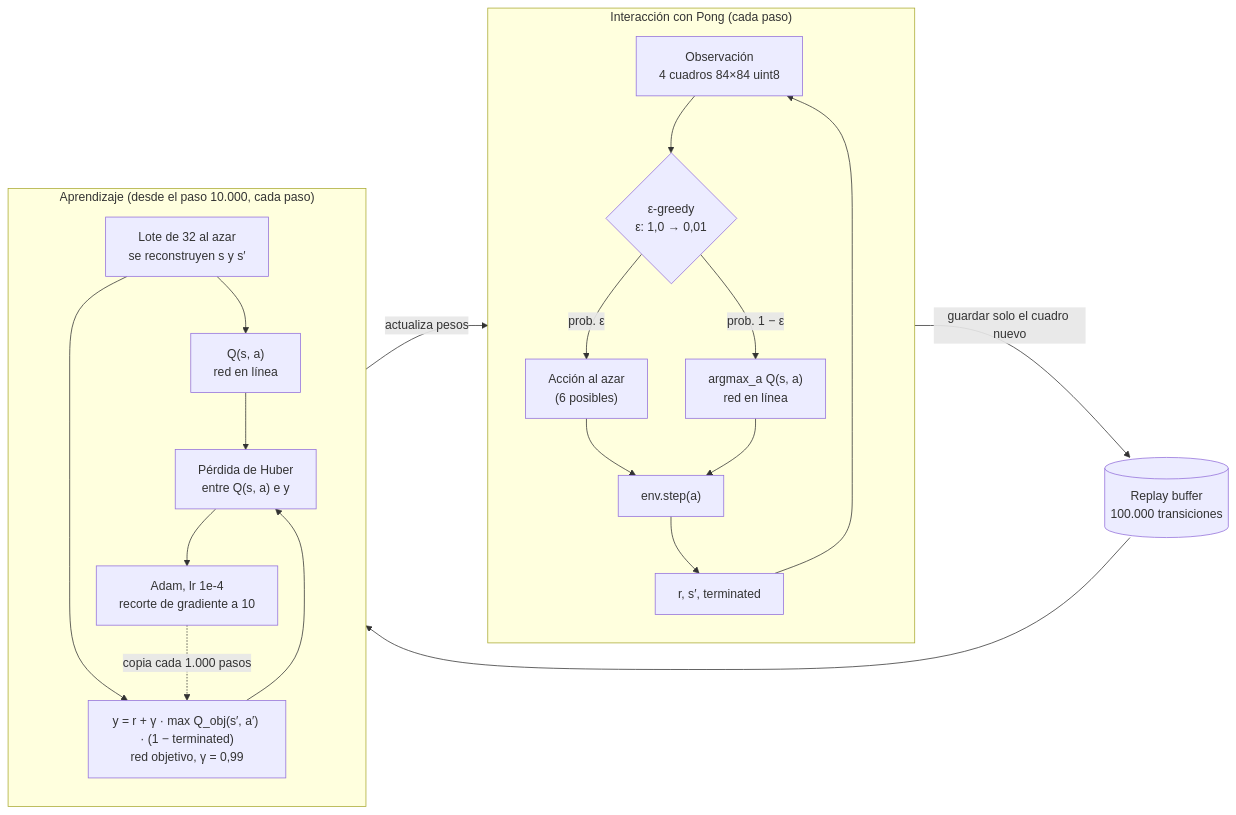
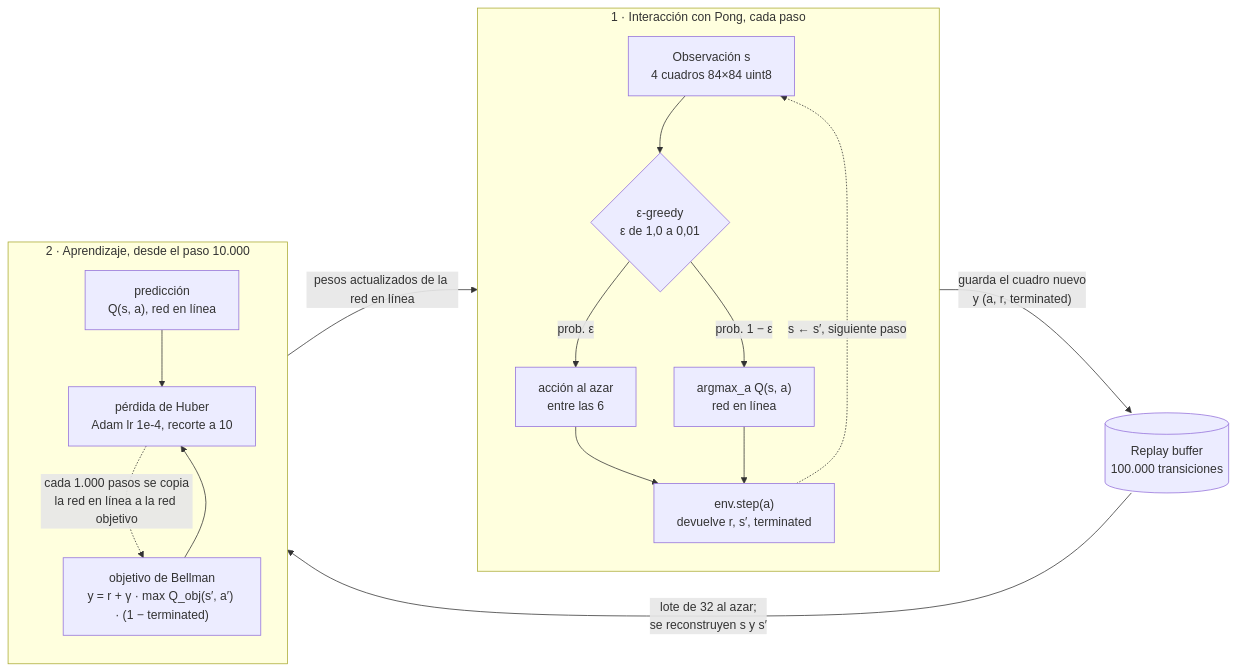
One commit to BryanAranzazu/pong_dqn changed the diagram in README.md. Above: the diagram before and after it, drawn with Mermaid.

Commit message:
Diagrama Mermaid mas legible: los dos bucles como bloques unidos por el buffer

````diff
--- a/README.md
+++ b/README.md
@@ -155,28 +155,24 @@
 ```mermaid
 flowchart LR
-    subgraph INT["Interacción con Pong (cada paso)"]
+    subgraph INT["1 · Interacción con Pong, cada paso"]
         direction TB
-        OBS["Observación<br/>4 cuadros 84×84 uint8"] --> EPS{"ε-greedy<br/>ε: 1,0 → 0,01"}
-        EPS -- "prob. ε" --> AZAR["Acción al azar<br/>(6 posibles)"]
+        OBS["Observación s<br/>4 cuadros 84×84 uint8"] --> EPS{"ε-greedy<br/>ε de 1,0 a 0,01"}
+        EPS -- "prob. ε" --> AZAR["acción al azar<br/>entre las 6"]
         EPS -- "prob. 1 − ε" --> ARGMAX["argmax_a Q(s, a)<br/>red en línea"]
-        AZAR --> STEP["env.step(a)"]
+        AZAR --> STEP["env.step(a)<br/>devuelve r, s′, terminated"]
         ARGMAX --> STEP
-        STEP --> TRANS["r, s′, terminated"]
-        TRANS --> OBS
+        STEP -. "s ← s′, siguiente paso" .-> OBS
     end
 
-    TRANS -- "guardar solo el cuadro nuevo" --> BUF[("Replay buffer<br/>100.000 transiciones")]
+    INT -- "guarda el cuadro nuevo<br/>y (a, r, terminated)" --> BUF[("Replay buffer<br/>100.000 transiciones")]
+    BUF -- "lote de 32 al azar;<br/>se reconstruyen s y s′" --> APR
 
-    subgraph APR["Aprendizaje (desde el paso 10.000, cada paso)"]
+    subgraph APR["2 · Aprendizaje, desde el paso 10.000"]
         direction TB
-        LOTE["Lote de 32 al azar<br/>se reconstruyen s y s′"] --> PRED["Q(s, a)<br/>red en línea"]
-        LOTE --> OBJ["y = r + γ · max Q_obj(s′, a′) · (1 − terminated)<br/>red objetivo, γ = 0,99"]
-        PRED --> LOSS["Pérdida de Huber<br/>entre Q(s, a) e y"]
-        OBJ --> LOSS
-        LOSS --> ADAM["Adam, lr 1e-4<br/>recorte de gradiente a 10"]
+        PRED["predicción<br/>Q(s, a), red en línea"] --> LOSS["pérdida de Huber<br/>Adam lr 1e-4, recorte a 10"]
+        OBJ["objetivo de Bellman<br/>y = r + γ · max Q_obj(s′, a′) · (1 − terminated)"] --> LOSS
+        LOSS -. "cada 1.000 pasos se copia<br/>la red en línea a la red objetivo" .-> OBJ
     end
 
-    BUF --> LOTE
-    ADAM -- "actualiza pesos" --> ARGMAX
-    ADAM -. "copia cada 1.000 pasos" .-> OBJ
+    APR -- "pesos actualizados de la red en línea" --> INT
 ```
````
